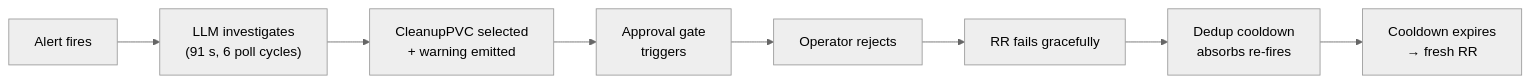
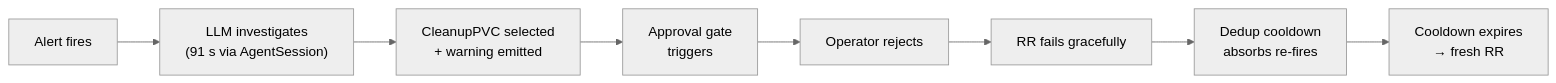
Before and after one commit to jordigilh/kubernaut-docs: the third of 3 diagrams in docs/use-cases/llm-judgment-approval-gate.md, drawn with Mermaid (neutral theme). The commit also changed other lines of this file, not shown here.

First line of the commit message:
docs: fix stale polling and resolved-issue framing in llm-judgment-approval-gate.md

````diff
--- a/docs/use-cases/llm-judgment-approval-gate.md
+++ b/docs/use-cases/llm-judgment-approval-gate.md
@@ -273,10 +279,10 @@
 ```mermaid
 graph LR
-    A["Alert fires"] --> B["LLM investigates<br/>(91 s, 6 poll cycles)"]
+    A["Alert fires"] --> B["LLM investigates<br/>(91 s via AgentSession)"]
     B --> C["CleanupPVC selected<br/>+ warning emitted"]
     C --> D["Approval gate<br/>triggers"]
     D --> E["Operator rejects"]
     E --> F["RR fails gracefully"]
     F --> G["Dedup cooldown<br/>absorbs re-fires"]
     G --> H["Cooldown expires<br/>→ fresh RR"]
 ```
````
